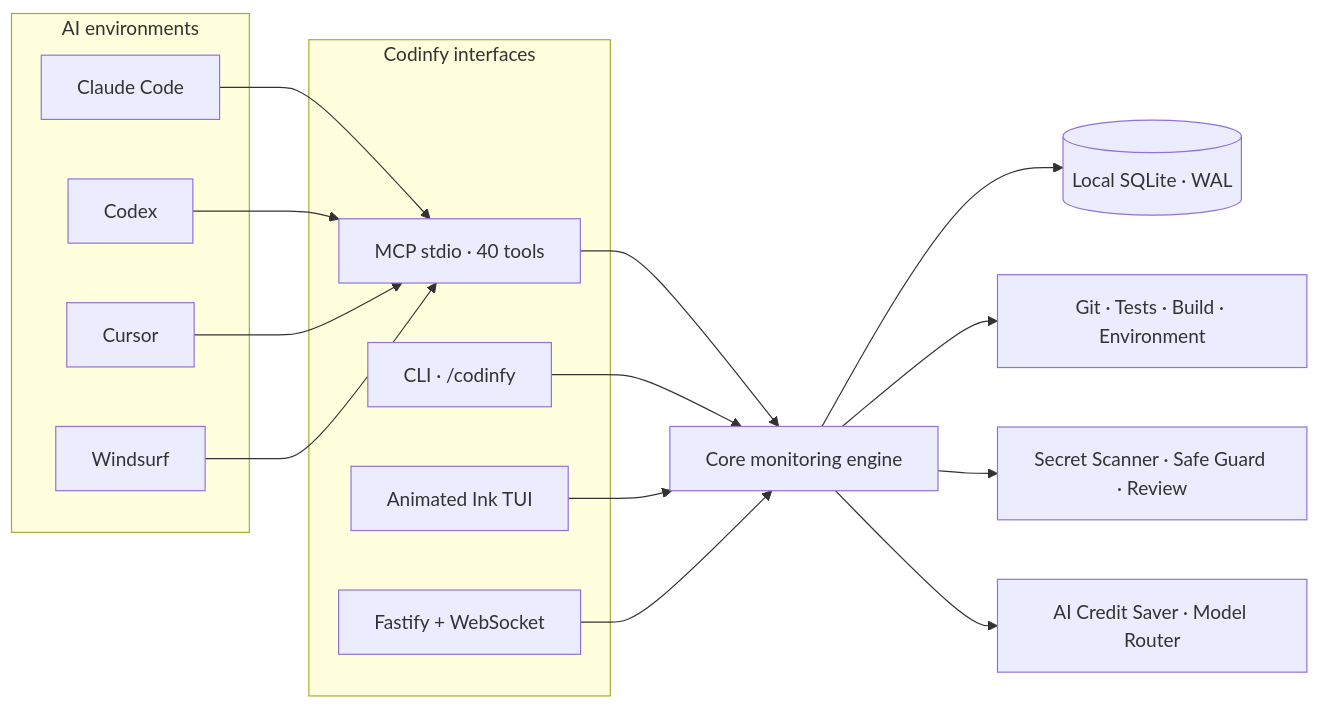
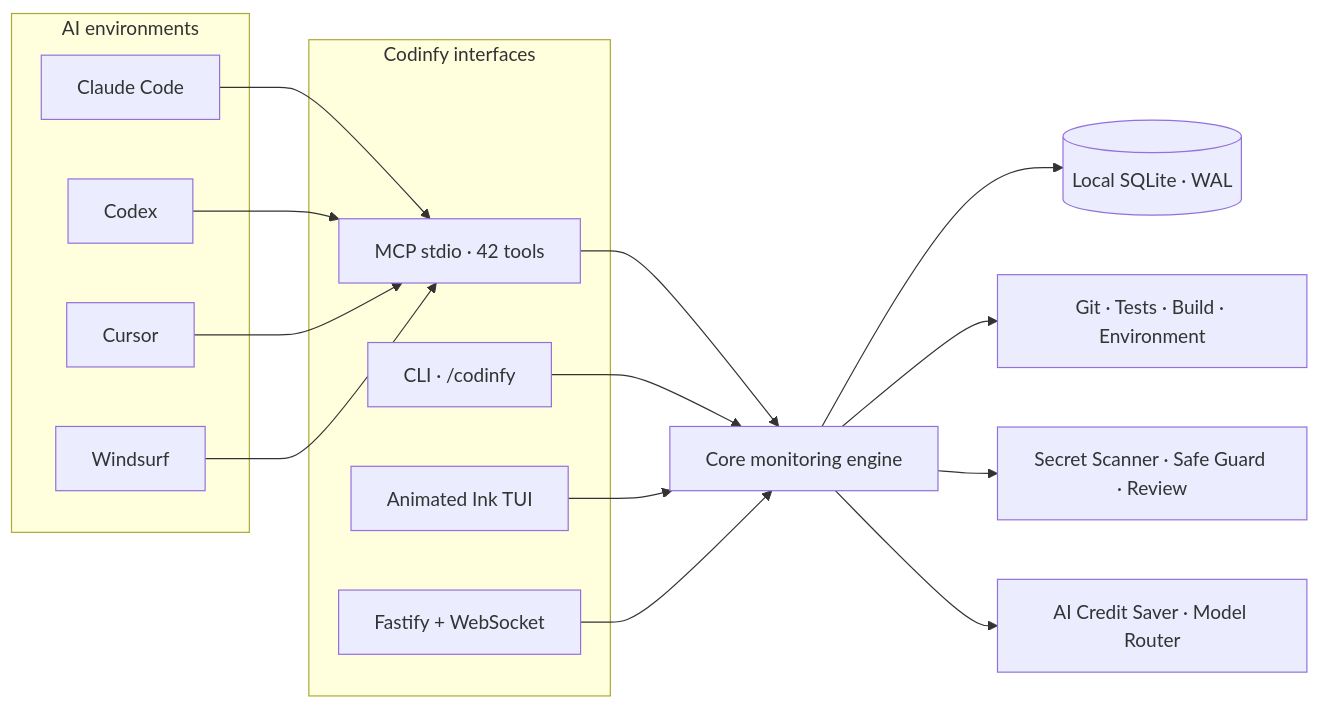
The diagram in README.md (bakalagoin/codinfy-agent-monitor), drawn with Mermaid before and after one commit. The commit also changed other lines of this file and 38 other files, not shown here.

````diff
--- a/README.md
+++ b/README.md
@@ -285,29 +285,29 @@
 ```mermaid
 flowchart LR
   subgraph Hosts[AI environments]
     Claude[Claude Code]
     Codex[Codex]
     Cursor[Cursor]
     Windsurf[Windsurf]
   end
 
   subgraph Interfaces[Codinfy interfaces]
-    MCP[MCP stdio · 40 tools]
+    MCP[MCP stdio · 42 tools]
     CLI[CLI · /codinfy]
     TUI[Animated Ink TUI]
     WEB[Fastify + WebSocket]
   end
 
   CORE[Core monitoring engine]
   DB[(Local SQLite · WAL)]
   OPS[Git · Tests · Build · Environment]
   TRUST[Secret Scanner · Safe Guard · Review]
   ROUTER[AI Credit Saver · Model Router]
 
   Claude & Codex & Cursor & Windsurf --> MCP
   MCP & CLI & TUI & WEB --> CORE
   CORE --> DB
   CORE --> OPS
   CORE --> TRUST
   CORE --> ROUTER
 ```
````
